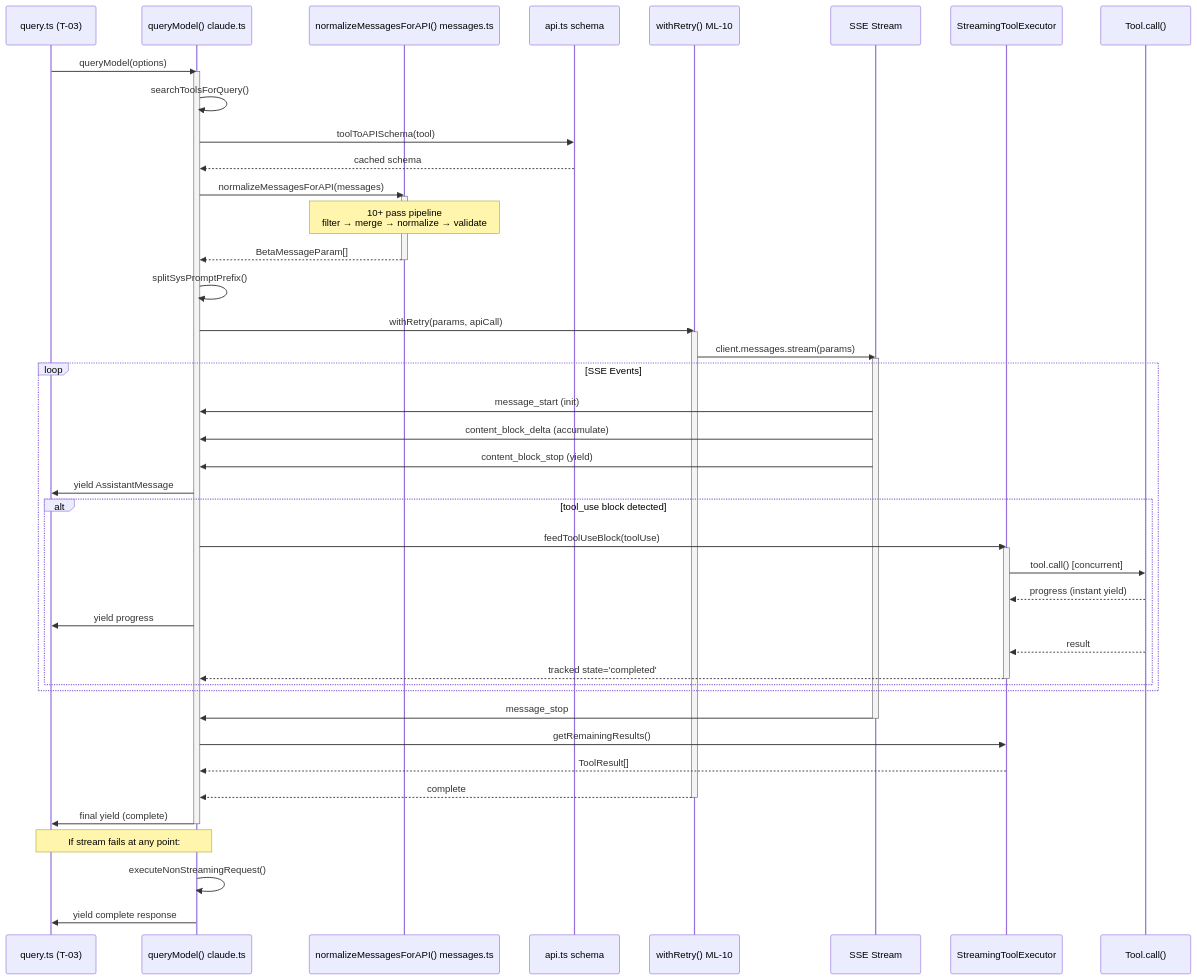
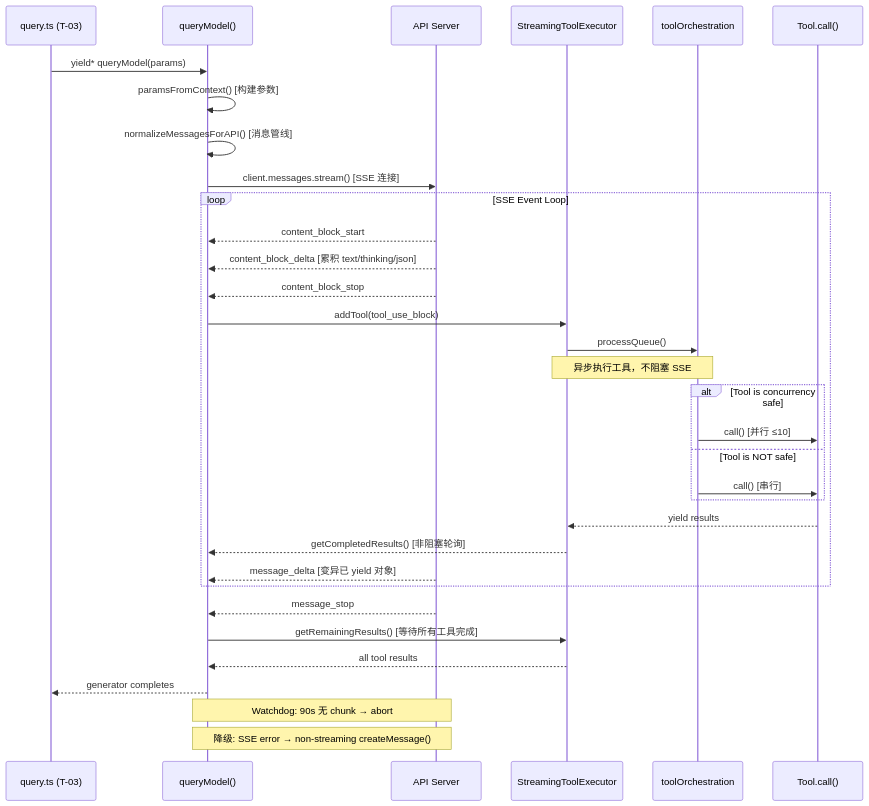
One commit to LiuYuuChen/clawcode_analysis changed the fifth of 8 diagrams in branches/main/task-analyses/T-04-query-api-messages.md. Above: the diagram before and after it, drawn with Mermaid. The commit also changed other lines of this file and 137 other files, not shown here.

````diff
--- a/branches/main/task-analyses/T-04-query-api-messages.md
+++ b/branches/main/task-analyses/T-04-query-api-messages.md
@@ -529,59 +656,41 @@
 ```mermaid
 sequenceDiagram
-    participant Q as query.ts (T-03)
-    participant QM as queryModel() claude.ts
-    participant NORM as normalizeMessagesForAPI() messages.ts
-    participant API as api.ts schema
-    participant WR as withRetry() ML-10
-    participant SSE as SSE Stream
+    participant QL as query.ts (T-03)
+    participant QM as queryModel()
+    participant API as API Server
     participant STE as StreamingToolExecutor
-    participant TOOL as Tool.call()
+    participant TO as toolOrchestration
+    participant Tool as Tool.call()
 
-    Q->>QM: queryModel(options)
-    activate QM
-    QM->>QM: searchToolsForQuery()
-    QM->>API: toolToAPISchema(tool)
-    API-->>QM: cached schema
-    QM->>NORM: normalizeMessagesForAPI(messages)
-    activate NORM
-    Note over NORM: 10+ pass pipeline<br/>filter → merge → normalize → validate
-    NORM-->>QM: BetaMessageParam[]
-    deactivate NORM
-    QM->>QM: splitSysPromptPrefix()
+    QL->>QM: yield* queryModel(params)
+    QM->>QM: paramsFromContext() [构建参数]
+    QM->>QM: normalizeMessagesForAPI() [消息管线]
+    QM->>API: client.messages.stream() [SSE 连接]
     
-    QM->>WR: withRetry(params, apiCall)
-    activate WR
-    WR->>SSE: client.messages.stream(params)
-    activate SSE
-    
-    loop SSE Events
-        SSE->>QM: message_start (init)
-        SSE->>QM: content_block_delta (accumulate)
-        SSE->>QM: content_block_stop (yield)
-        QM->>Q: yield AssistantMessage
+    loop SSE Event Loop
+        API-->>QM: content_block_start
+        API-->>QM: content_block_delta [累积 text/thinking/json]
+        API-->>QM: content_block_stop
+        QM->>STE: addTool(tool_use_block)
+        STE->>TO: processQueue()
+        Note over STE,TO: 异步执行工具，不阻塞 SSE
         
-        alt tool_use block detected
-            QM->>STE: feedToolUseBlock(toolUse)
-            activate STE
-            STE->>TOOL: tool.call() [concurrent]
-            TOOL-->>STE: progress (instant yield)
-            QM->>Q: yield progress
-            TOOL-->>STE: result
-            STE-->>QM: tracked state='completed'
-            deactivate STE
+        alt Tool is concurrency safe
+            TO->>Tool: call() [并行 ≤10]
+        else Tool is NOT safe
+            TO->>Tool: call() [串行]
         end
+        Tool-->>STE: yield results
+        STE-->>QM: getCompletedResults() [非阻塞轮询]
+        
+        API-->>QM: message_delta [变异已 yield 对象]
     end
     
-    SSE->>QM: message_stop
-    deactivate SSE
-    QM->>STE: getRemainingResults()
-    STE-->>QM: ToolResult[]
-    WR-->>QM: complete
-    deactivate WR
-    QM->>Q: final yield (complete)
-    deactivate QM
+    API-->>QM: message_stop
+    QM->>STE: getRemainingResults() [等待所有工具完成]
+    STE-->>QM: all tool results
+    QM-->>QL: generator completes
     
-    Note over Q,QM: If stream fails at any point:
-    QM->>QM: executeNonStreamingRequest()
-    QM->>Q: yield complete response
+    Note over QM,API: Watchdog: 90s 无 chunk → abort
+    Note over QM,API: 降级: SSE error → non-streaming createMessage()
 ```
````
